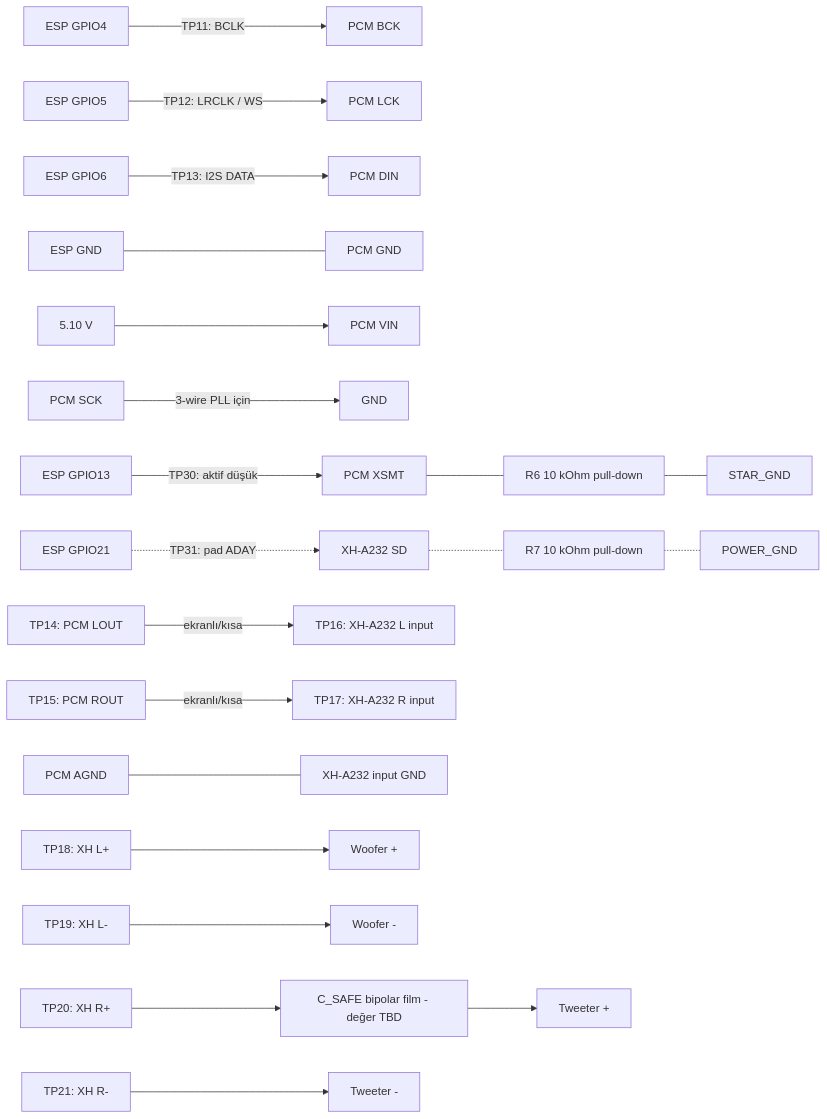
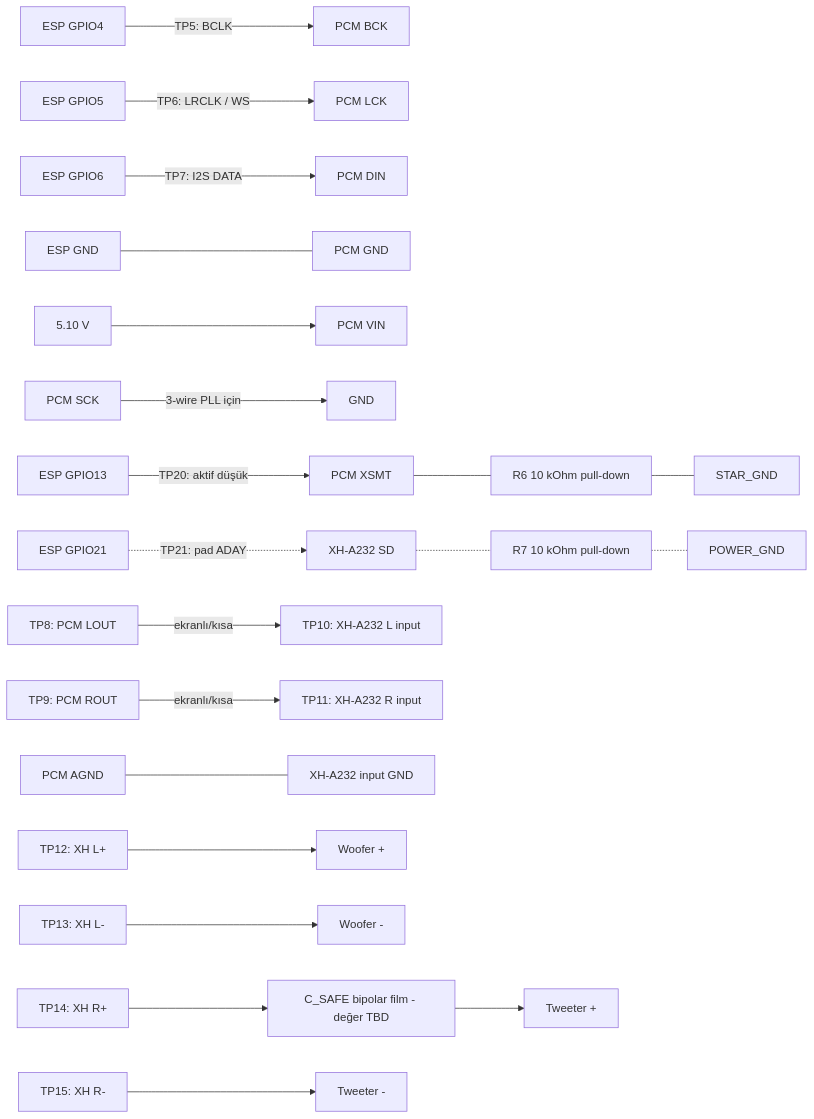
Before and after one commit to ktahatastan/esp32-airplay-speakers: the third of 7 diagrams in docs/02-hardware/circuit-and-wiring-plan.md, drawn with Mermaid. The commit also changed other lines of this file and 226 other files, not shown here.

````diff
--- a/docs/02-hardware/circuit-and-wiring-plan.md
+++ b/docs/02-hardware/circuit-and-wiring-plan.md
@@ -194,24 +127,24 @@
 ```mermaid
 flowchart LR
-    G4[ESP GPIO4] -->|TP11: BCLK| BCK[PCM BCK]
-    G5[ESP GPIO5] -->|TP12: LRCLK / WS| LCK[PCM LCK]
-    G6[ESP GPIO6] -->|TP13: I2S DATA| DIN[PCM DIN]
+    G4[ESP GPIO4] -->|TP5: BCLK| BCK[PCM BCK]
+    G5[ESP GPIO5] -->|TP6: LRCLK / WS| LCK[PCM LCK]
+    G6[ESP GPIO6] -->|TP7: I2S DATA| DIN[PCM DIN]
     DG[ESP GND] --- PG[PCM GND]
     P5[5.10 V] --> VIN[PCM VIN]
     SCK[PCM SCK] -->|3-wire PLL için| SGND[GND]
 
-    G13[ESP GPIO13] -->|TP30: aktif düşük| XSMT[PCM XSMT]
+    G13[ESP GPIO13] -->|TP20: aktif düşük| XSMT[PCM XSMT]
     XSMT --- R6[R6 10 kOhm pull-down] --- SG[STAR_GND]
-    G21[ESP GPIO21] -.->|TP31: pad ADAY| SD[XH-A232 SD]
+    G21[ESP GPIO21] -.->|TP21: pad ADAY| SD[XH-A232 SD]
     SD -.- R7[R7 10 kOhm pull-down] -.- PG2[POWER_GND]
 
-    LOUT[TP14: PCM LOUT] -->|ekranlı/kısa| LIN[TP16: XH-A232 L input]
-    ROUT[TP15: PCM ROUT] -->|ekranlı/kısa| RIN[TP17: XH-A232 R input]
+    LOUT[TP8: PCM LOUT] -->|ekranlı/kısa| LIN[TP10: XH-A232 L input]
+    ROUT[TP9: PCM ROUT] -->|ekranlı/kısa| RIN[TP11: XH-A232 R input]
     AG[PCM AGND] --- AING[XH-A232 input GND]
 
-    LPLUS[TP18: XH L+] --> WPLUS[Woofer +]
-    LMINUS[TP19: XH L-] --> WMINUS[Woofer -]
-    RPLUS[TP20: XH R+] --> CSAFE[C_SAFE bipolar film - değer TBD]
+    LPLUS[TP12: XH L+] --> WPLUS[Woofer +]
+    LMINUS[TP13: XH L-] --> WMINUS[Woofer -]
+    RPLUS[TP14: XH R+] --> CSAFE[C_SAFE bipolar film - değer TBD]
     CSAFE --> TPLUS[Tweeter +]
-    RMINUS[TP21: XH R-] --> TMINUS[Tweeter -]
+    RMINUS[TP15: XH R-] --> TMINUS[Tweeter -]
 ```
````
